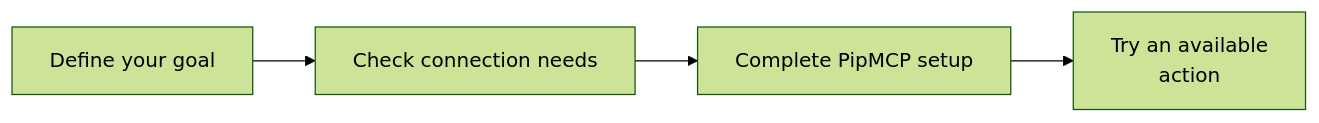
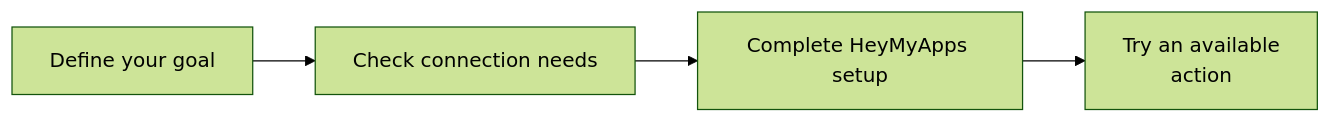
Before and after one commit to jannikco/alpaca-mcp: the diagram in README.md, drawn with Mermaid (forest theme). The commit also changed other lines of this file and 27 other files, not shown here.

First line of the commit message:
Rebrand PipMCP to HeyMyApps (v1.0.1) (#1)

````diff
--- a/README.md
+++ b/README.md
@@ -47,4 +47,4 @@
 ```mermaid
 flowchart LR
-  A["Define your goal"] --> B["Check connection needs"] --> C["Complete PipMCP setup"] --> D["Try an available<br/>action"]
+  A["Define your goal"] --> B["Check connection needs"] --> C["Complete HeyMyApps setup"] --> D["Try an available<br/>action"]
 ```
````
